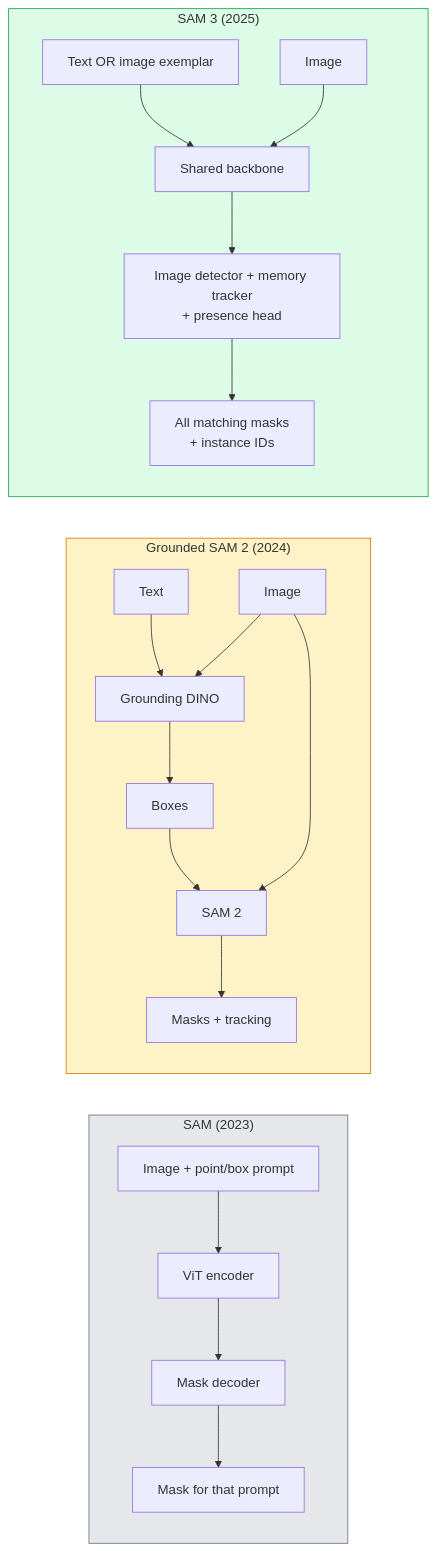
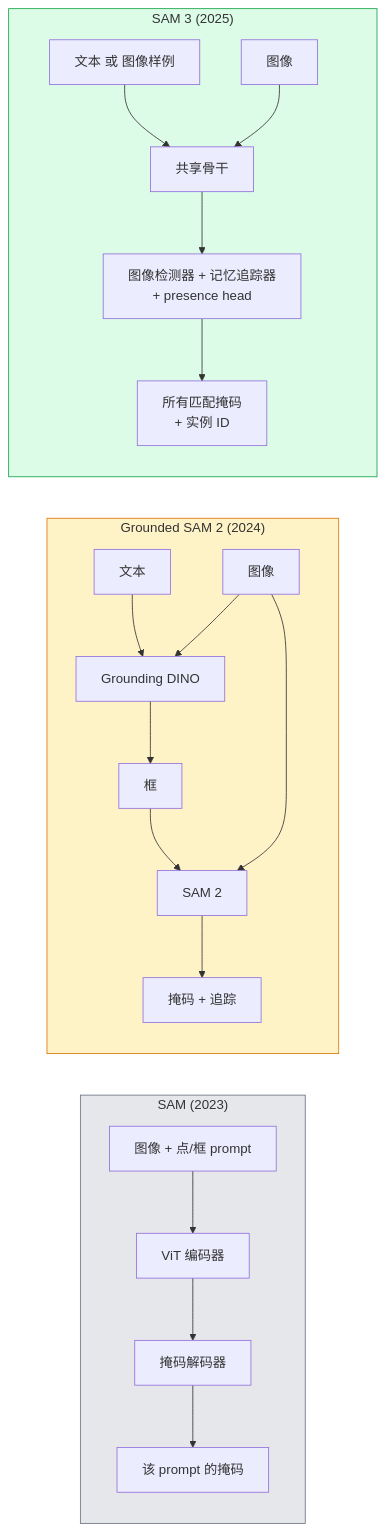
Before and after one commit to alessandrodinisio-ai/ai-engineering-learning-framework: the diagram in phases/04-computer-vision/24-sam3-open-vocab-segmentation/docs/en.md, drawn with Mermaid. The commit also changed other lines of this file and 443 other files, not shown here.

First line of the commit message:
feat(zh): 完成 435 节课程文档 + README/ROADMAP/术语表 + 网站 UI 全量中文化

````diff
--- a/phases/04-computer-vision/24-sam3-open-vocab-segmentation/docs/en.md
+++ b/phases/04-computer-vision/24-sam3-open-vocab-segmentation/docs/en.md
@@ -29,22 +29,22 @@
 ```mermaid
 flowchart LR
     subgraph SAM1["SAM (2023)"]
-        A1["Image + point/box prompt"] --> A2["ViT encoder"] --> A3["Mask decoder"]
-        A3 --> A4["Mask for that prompt"]
+        A1["图像 + 点/框 prompt"] --> A2["ViT 编码器"] --> A3["掩码解码器"]
+        A3 --> A4["该 prompt 的掩码"]
     end
     subgraph GSAM2["Grounded SAM 2 (2024)"]
-        B1["Text"] --> B2["Grounding DINO"] --> B3["Boxes"] --> B4["SAM 2"] --> B5["Masks + tracking"]
-        B6["Image"] --> B2
+        B1["文本"] --> B2["Grounding DINO"] --> B3["框"] --> B4["SAM 2"] --> B5["掩码 + 追踪"]
+        B6["图像"] --> B2
         B6 --> B4
     end
     subgraph SAM3["SAM 3 (2025)"]
-        C1["Text OR image exemplar"] --> C2["Shared backbone"]
-        C3["Image"] --> C2
-        C2 --> C4["Image detector + memory tracker<br/>+ presence head"]
-        C4 --> C5["All matching masks<br/>+ instance IDs"]
+        C1["文本 或 图像样例"] --> C2["共享骨干"]
+        C3["图像"] --> C2
+        C2 --> C4["图像检测器 + 记忆追踪器<br/>+ presence head"]
+        C4 --> C5["所有匹配掩码<br/>+ 实例 ID"]
     end
 
     style SAM1 fill:#e5e7eb,stroke:#6b7280
     style GSAM2 fill:#fef3c7,stroke:#d97706
     style SAM3 fill:#dcfce7,stroke:#16a34a
 ```
````
